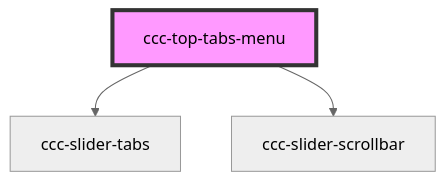
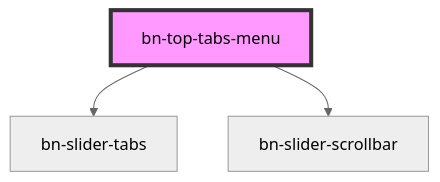
One commit to BioforestChain/web-components changed the diagram in core/src/components/menu/readme.md. Above: the diagram before and after it, drawn with Mermaid (neutral theme). The commit also changed other lines of this file and 234 other files, not shown here.

````diff
--- a/core/src/components/menu/readme.md
+++ b/core/src/components/menu/readme.md
@@ -44,6 +44,6 @@
 ```mermaid
 graph TD;
-  ccc-top-tabs-menu --> ccc-slider-tabs
-  ccc-top-tabs-menu --> ccc-slider-scrollbar
-  style ccc-top-tabs-menu fill:#f9f,stroke:#333,stroke-width:4px
+  bn-top-tabs-menu --> bn-slider-tabs
+  bn-top-tabs-menu --> bn-slider-scrollbar
+  style bn-top-tabs-menu fill:#f9f,stroke:#333,stroke-width:4px
 ```
````
